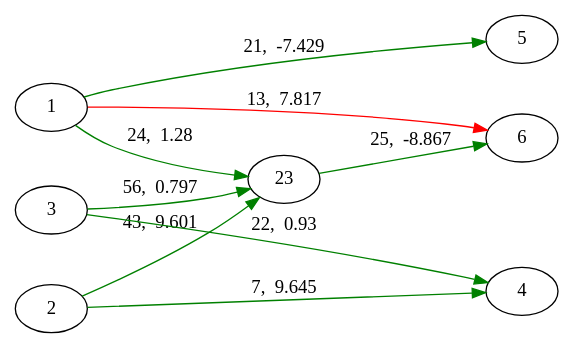
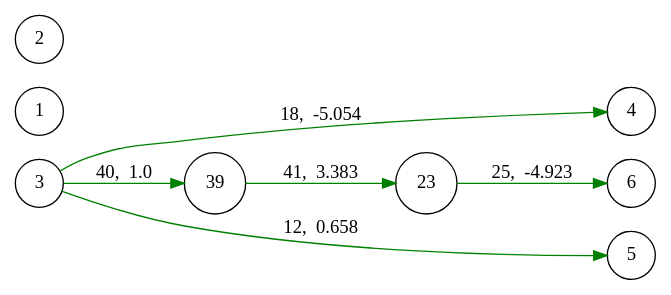
One commit to Rithvik-Reddy-Adapa/NEATJulia changed the diagram in neat_0_5.dot. Above: the diagram before and after it, drawn with Graphviz. The commit also changed 10 other files, not shown here.

```diff
--- a/neat_0_5.dot
+++ b/neat_0_5.dot
@@ -1,14 +1,13 @@
 digraph {
 	rankdir=LR;
-	1->6[color=red,label="13,  7.817",penwidth=1.0];
-	1->5[color=green,label="21,  -7.429",penwidth=1.0];
-	1->23[color=green,label="24,  1.28",penwidth=1.0];
-	2->4[color=green,label="7,  9.645",penwidth=1.0];
-	2->23[color=green,label="43,  9.601",penwidth=1.0];
-	3->4[color=green,label="22,  0.93",penwidth=1.0];
-	3->23[color=green,label="56,  0.797",penwidth=1.0];
+	node [shape=circle];
+	3->4[color=green,label="18,  -5.054",penwidth=1.0];
+	3->39[color=green,label="40,  1.0",penwidth=1.0];
+	3->5[color=green,label="12,  0.658",penwidth=1.0];
 	{rank=same; 1, 2, 3}
-	23->6[color=green,label="25,  -8.867",penwidth=1.0];
+	39->23[color=green,label="41,  3.383",penwidth=1.0];
+	{rank=same; 39}
+	23->6[color=green,label="25,  -4.923",penwidth=1.0];
 	{rank=same; 23}
 	{rank=same; 4, 5, 6}
 }
```
